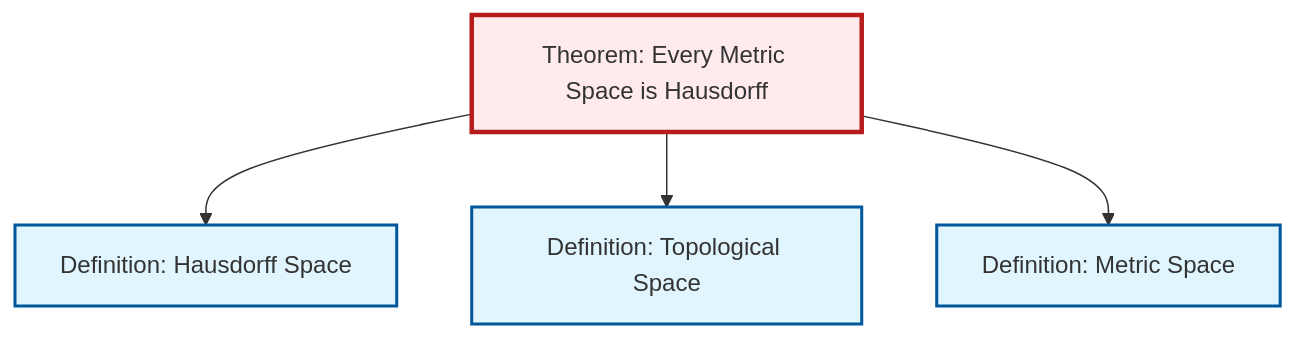
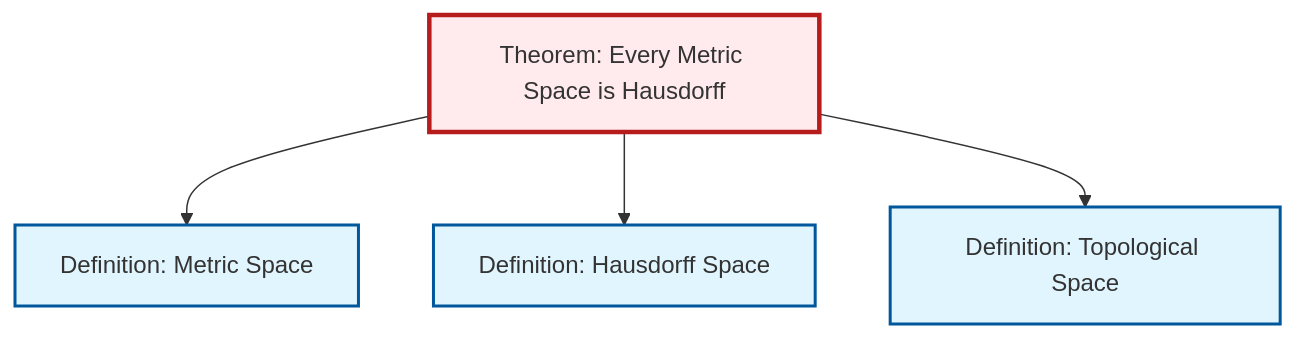
One commit to RK0429/ModernMath changed the diagram in content/ja/topology/thm-metric-hausdorff.qmd. Above: the diagram before and after it, drawn with Mermaid. The commit also changed other lines of this file and 417 other files, not shown here.

````diff
--- a/content/ja/topology/thm-metric-hausdorff.qmd
+++ b/content/ja/topology/thm-metric-hausdorff.qmd
@@ -63,20 +63,20 @@
 ```{mermaid}
 %%| fig-cap: "Local dependency graph"
 graph TD
     classDef definition fill:#e1f5fe,stroke:#01579b,stroke-width:2px
     classDef theorem fill:#f3e5f5,stroke:#4a148c,stroke-width:2px
     classDef axiom fill:#fff3e0,stroke:#e65100,stroke-width:2px
     classDef example fill:#e8f5e9,stroke:#1b5e20,stroke-width:2px
     classDef current fill:#ffebee,stroke:#b71c1c,stroke-width:3px
+    def-hausdorff["Definition: Hausdorff Space"]:::definition
     thm-metric-hausdorff["Theorem: Every Metric Space is Hausdorff"]:::theorem
     def-topological-space["Definition: Topological Space"]:::definition
-    def-hausdorff["Definition: Hausdorff Space"]:::definition
     def-metric-space["Definition: Metric Space"]:::definition
+    thm-metric-hausdorff --> def-metric-space
     thm-metric-hausdorff --> def-hausdorff
     thm-metric-hausdorff --> def-topological-space
-    thm-metric-hausdorff --> def-metric-space
     class thm-metric-hausdorff current
+    click def-hausdorff "def-hausdorff.html" "Definition: Hausdorff Spaceへ"
     click def-topological-space "def-topological-space.html" "Definition: Topological Spaceへ"
-    click def-hausdorff "def-hausdorff.html" "Definition: Hausdorff Spaceへ"
     click def-metric-space "def-metric-space.html" "Definition: Metric Spaceへ"
 ```
````
